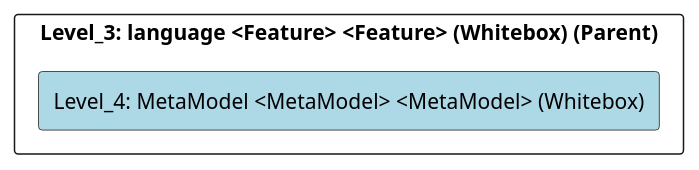
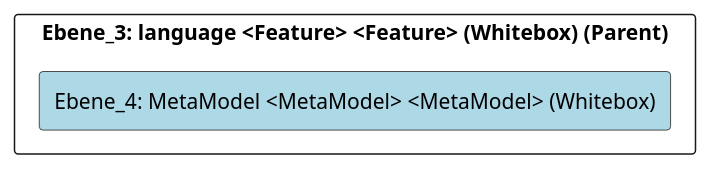
Before and after one commit to marcozwyssig/cleon: the diagram in doc/cleonproject_deliverables_architecture_model_architecture/adoc/de/05_bausteinsicht/cleon/common/language/metamodel/ebene_4_metamodel.adoc, drawn with PlantUML. The commit also changed other lines of this file and 214 other files, not shown here.

```diff
--- a/doc/cleonproject_deliverables_architecture_model_architecture/adoc/de/05_bausteinsicht/cleon/common/language/metamodel/ebene_4_metamodel.adoc
+++ b/doc/cleonproject_deliverables_architecture_model_architecture/adoc/de/05_bausteinsicht/cleon/common/language/metamodel/ebene_4_metamodel.adoc
@@ -20,24 +20,24 @@
-[plantuml, Level_4: MetaModel <MetaModel> <MetaModel> (Whitebox)BlockOverview, format="svg"]
+[plantuml, Ebene_4: MetaModel <MetaModel> <MetaModel> (Whitebox)BlockOverview, format="svg"]
 ----
-@startuml Level_4: MetaModel <MetaModel> <MetaModel> (Whitebox)BuildingBlockOverview
+@startuml Ebene_4: MetaModel <MetaModel> <MetaModel> (Whitebox)BuildingBlockOverview
 
 skinparam ranksep 10
 skinparam componentStyle rectangle
 skinparam shadowing false
 skinparam arrowColor lightblue
 skinparam arrowThickness 1.2
 skinparam rectangle {
   BackgroundColor White
   BorderColor #333
   RoundCorner 10
 }
 top to bottom direction
 
-component "Level_3: language <Feature> <Feature> (Whitebox) (Parent)" {
-    component "Level_4: MetaModel <MetaModel> <MetaModel> (Whitebox)" #lightblue {
+component "Ebene_3: language <Feature> <Feature> (Whitebox) (Parent)" {
+    component "Ebene_4: MetaModel <MetaModel> <MetaModel> (Whitebox)" #lightblue {
     }
 
 }
 
 @enduml
 ----
```
